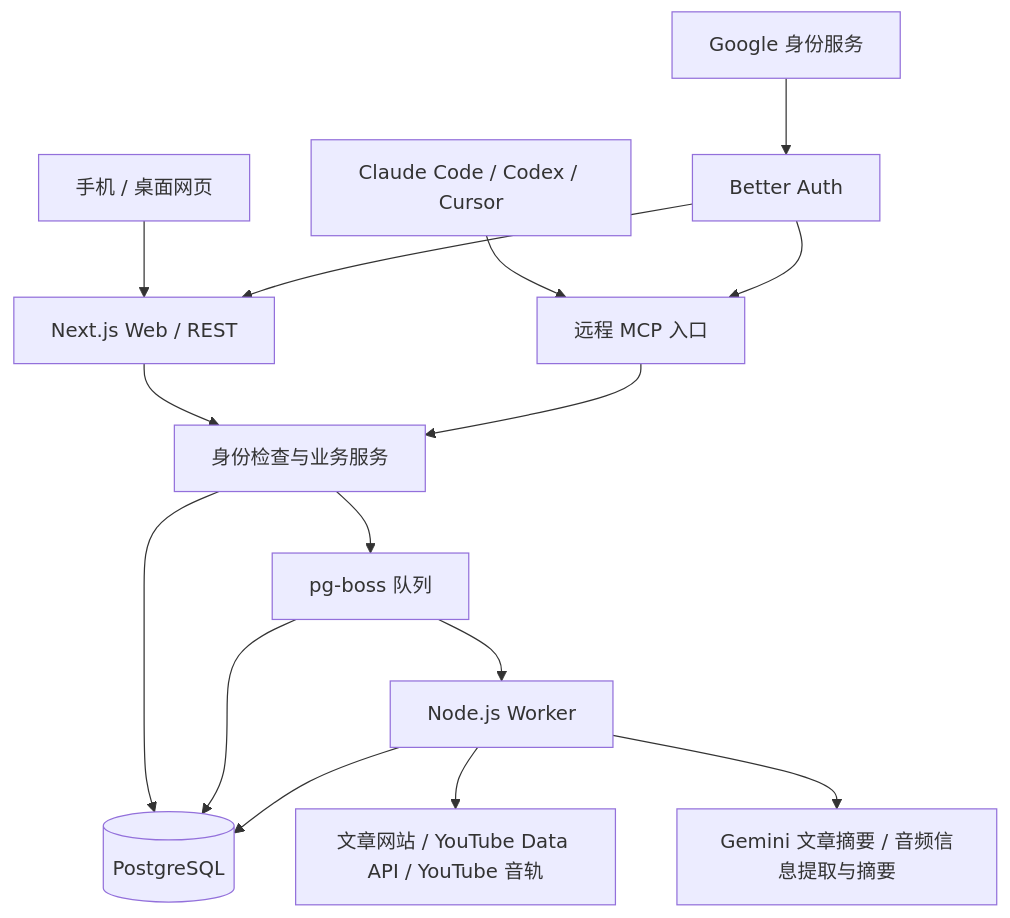
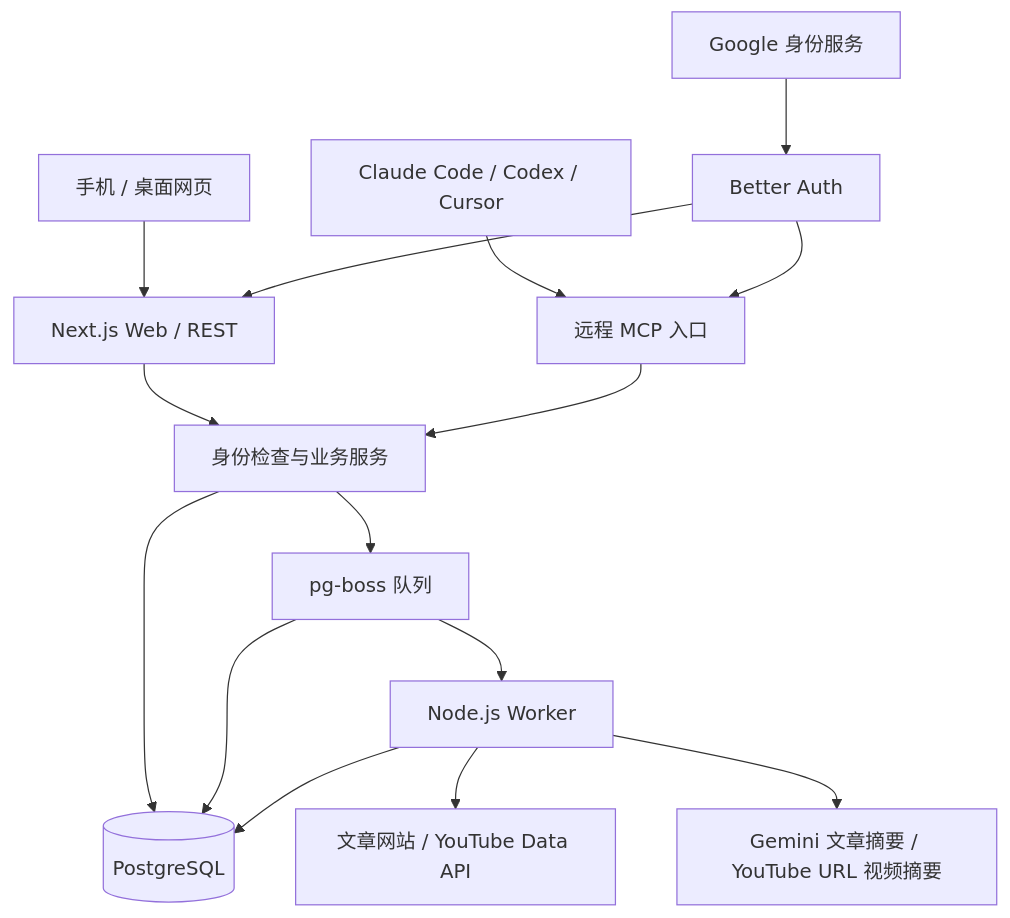
Before and after one commit to TAO44123/Authright_Sharing: the first of 2 diagrams in docs/TECHNICAL_DESIGN.md, drawn with Mermaid. The commit also changed other lines of this file and 37 other files, not shown here.

Commit message:
Switch YouTube worker to non-streaming Gemini URL summaries

````diff
--- a/docs/TECHNICAL_DESIGN.md
+++ b/docs/TECHNICAL_DESIGN.md
@@ -49,17 +49,17 @@
 ```mermaid
 flowchart TD
     Browser[手机 / 桌面网页] --> Web[Next.js Web / REST]
     Agent[Claude Code / Codex / Cursor] --> MCP[远程 MCP 入口]
     Google[Google 身份服务] --> Auth[Better Auth]
     Auth --> Web
     Auth --> MCP
     Web --> Core[身份检查与业务服务]
     MCP --> Core
     Core --> DB[(PostgreSQL)]
     Core --> Queue[pg-boss 队列]
     Queue --> DB
     Queue --> Worker[Node.js Worker]
-    Worker --> Sources[文章网站 / YouTube Data API / YouTube 音轨]
-    Worker --> LLM[Gemini 文章摘要 / 音频信息提取与摘要]
+    Worker --> Sources[文章网站 / YouTube Data API]
+    Worker --> LLM[Gemini 文章摘要 / YouTube URL 视频摘要]
     Worker --> DB
 ```
````
